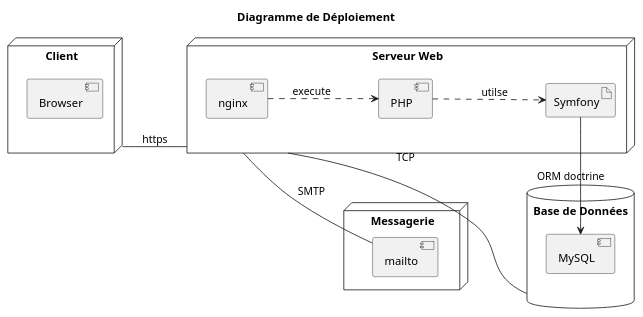
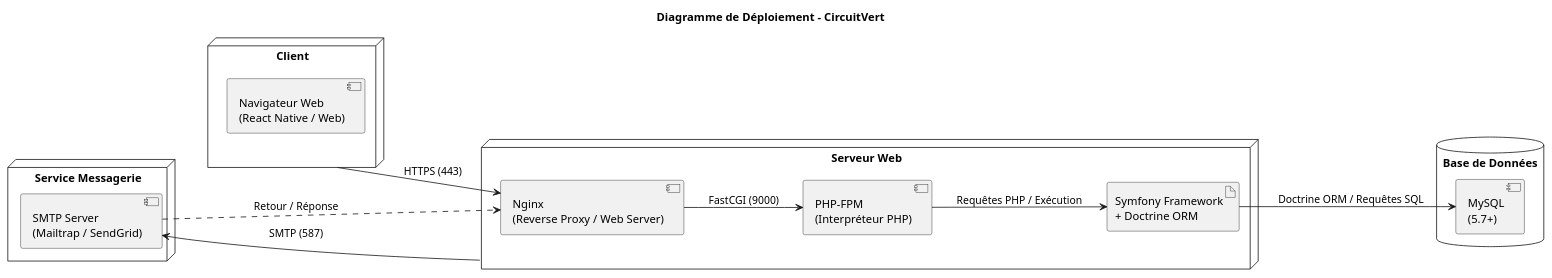
The diagram in Conception/duagrammeDeploiement/diagDeploie.puml (RodrigueBotte/circuitVert), drawn with PlantUML before and after one commit. The commit also changed 1 other file, not shown here.

Commit message:
Modification diagramme de classe et de déploiement

```diff
--- a/Conception/duagrammeDeploiement/diagDeploie.puml
+++ b/Conception/duagrammeDeploiement/diagDeploie.puml
@@ -1,29 +1,32 @@
-@startuml diagramme de deploiement
+@startuml diagramme_deploiement
 left to right direction
-title Diagramme de Déploiement
+title "Diagramme de Déploiement - CircuitVert"
 
-node "Client" as Cl {
-    component Browser as BR
-}
-node "Serveur Web" as SW {
-    component nginx 
-    component PHP as PHP 
-    artifact Symfony
-    
-}
-database "Base de Données" as DB {
-    component MySQL 
-}
-node "Messagerie" {
-    component mailto as MSG
+node "Client" as Client {
+    component "Navigateur Web\n(React Native / Web)" as Browser
 }
 
-Cl -- SW :https
-nginx ..> PHP :execute
-PHP ..> Symfony :utilse
-Symfony -> MySQL :ORM doctrine
-SW -- DB: TCP 
-SW -- MSG :SMTP
+node "Serveur Web" as WebServer {
+    component "Nginx\n(Reverse Proxy / Web Server)" as Nginx
+    component "PHP-FPM\n(Interpréteur PHP)" as PHP_FPM
+    artifact "Symfony Framework\n+ Doctrine ORM" as Symfony
+}
 
+node "Service Messagerie" as MailService {
+    component "SMTP Server\n(Mailtrap / SendGrid)" as SMTP
+}
+
+database "Base de Données" as Database {
+    component "MySQL\n(5.7+)" as MySQL
+}
+
+' Relations de communication
+
+Client --> Nginx : HTTPS (443)
+Nginx --> PHP_FPM : FastCGI (9000)
+PHP_FPM --> Symfony : Requêtes PHP / Exécution
+Symfony --> MySQL : Doctrine ORM / Requêtes SQL
+WebServer --> SMTP : SMTP (587)
+SMTP -.-> Nginx : Retour / Réponse
 
 @enduml
```
